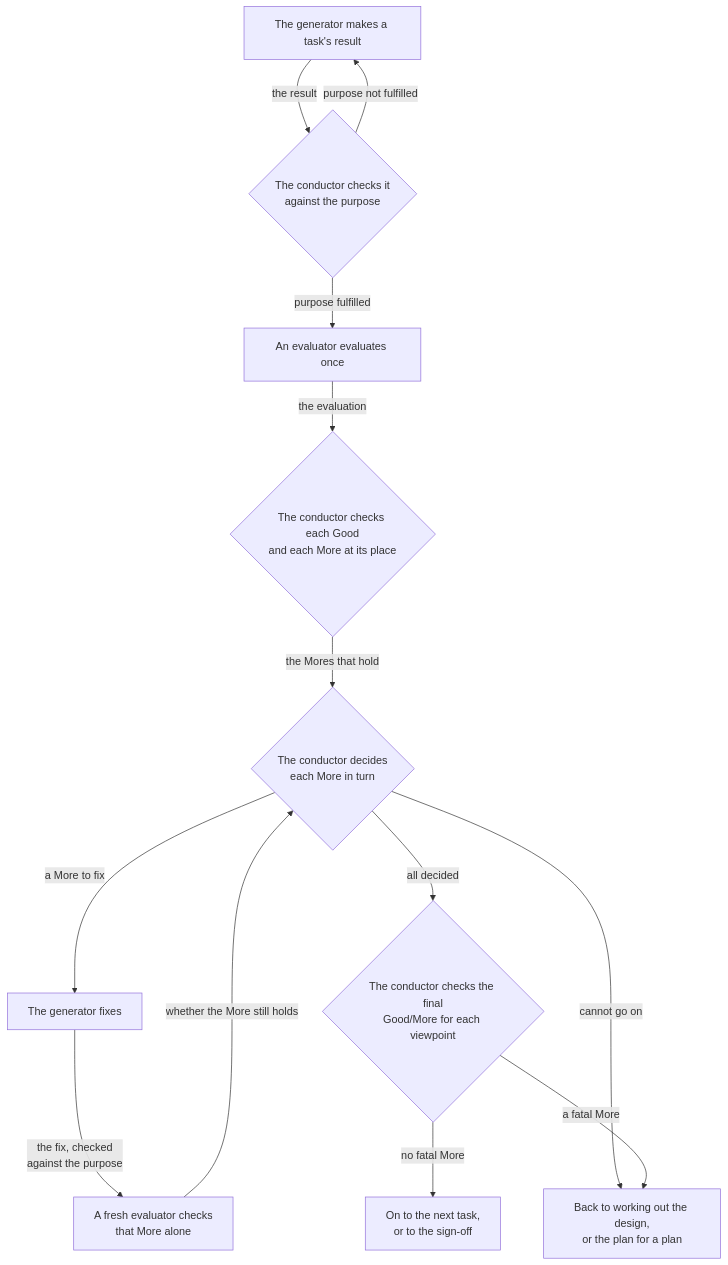
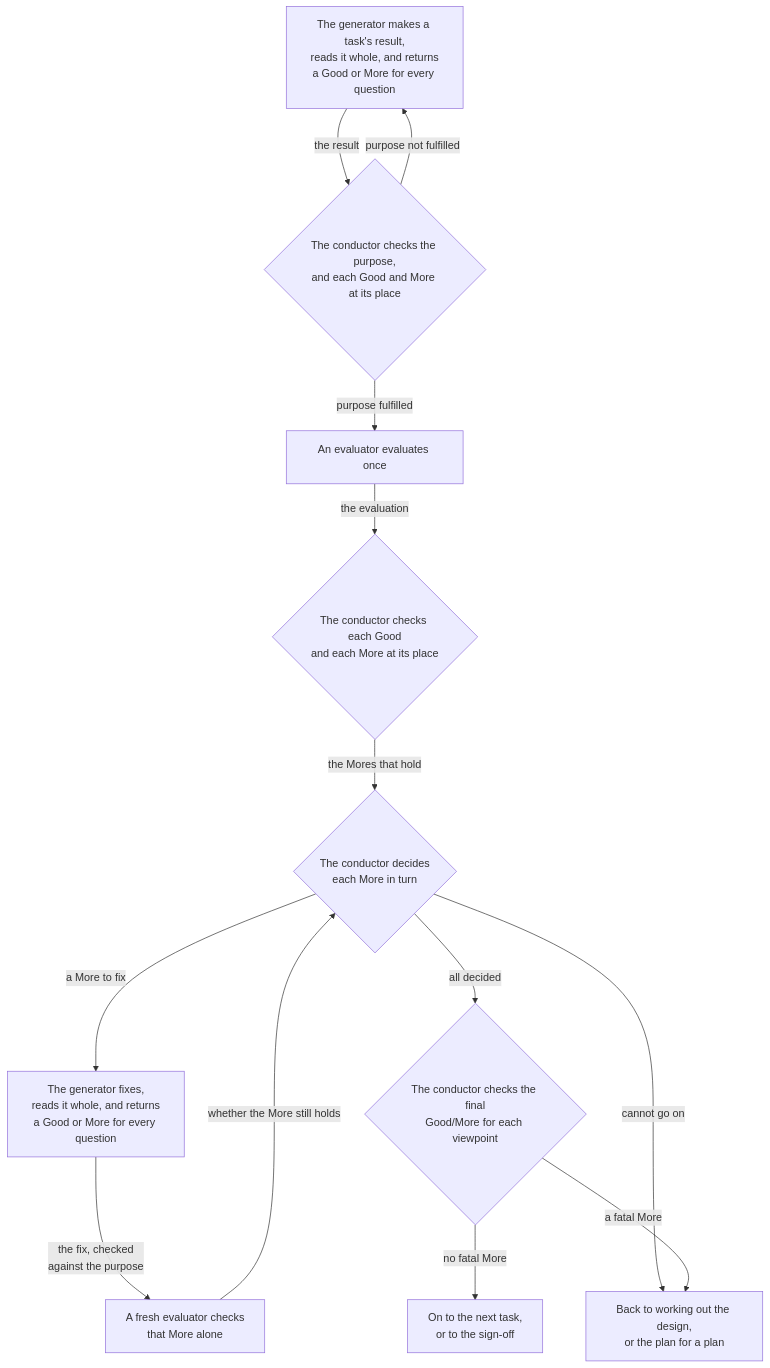
Before and after one commit to lovaizu/ccpm: the third of 4 diagrams in rn/docs/design.md, drawn with Mermaid. The commit also changed other lines of this file and 2 other files, not shown here.

````diff
--- a/rn/docs/design.md
+++ b/rn/docs/design.md
@@ -164,25 +164,25 @@
 ```mermaid
 flowchart TD
-    M["The generator makes a task's result"]
-    K{"The conductor checks it<br/>against the purpose"}
+    M["The generator makes a task's result,<br/>reads it whole, and returns<br/>a Good or More for every question"]
+    K{"The conductor checks the purpose,<br/>and each Good and More at its place"}
     V["An evaluator evaluates once"]
     KE{"The conductor checks each Good<br/>and each More at its place"}
     D{"The conductor decides<br/>each More in turn"}
-    F["The generator fixes"]
+    F["The generator fixes,<br/>reads it whole, and returns<br/>a Good or More for every question"]
     R["A fresh evaluator checks<br/>that More alone"]
     J{"The conductor checks the final<br/>Good/More for each viewpoint"}
     N["On to the next task,<br/>or to the sign-off"]
     U["Back to working out the design,<br/>or the plan for a plan"]
     M -->|"the result"| K
     K -->|"purpose not fulfilled"| M
     K -->|"purpose fulfilled"| V
     V -->|"the evaluation"| KE
     KE -->|"the Mores that hold"| D
     D -->|"a More to fix"| F
     F -->|"the fix, checked<br/>against the purpose"| R
     R -->|"whether the More still holds"| D
     D -->|"all decided"| J
     D -->|"cannot go on"| U
     J -->|"no fatal More"| N
     J -->|"a fatal More"| U
 ```
````
